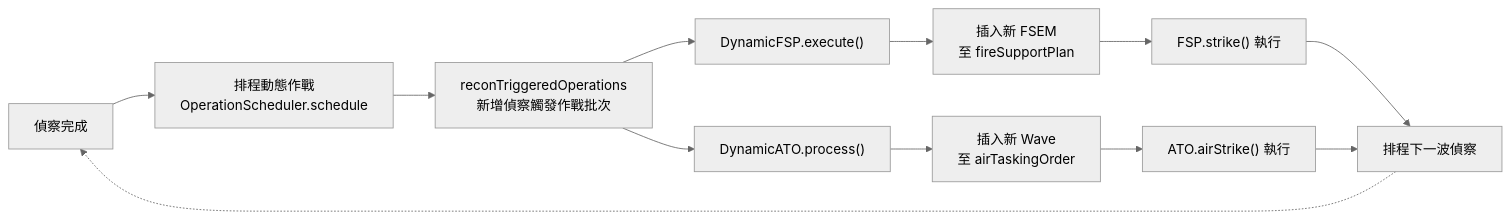
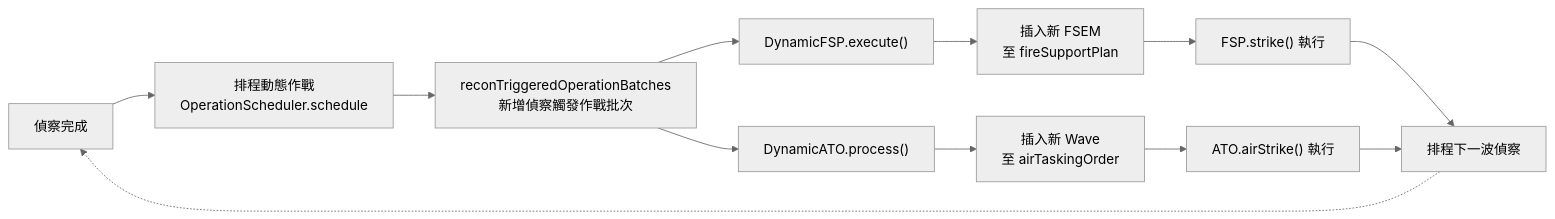
One commit to pullupjumper/formosa-in-flames changed the second of 3 diagrams in docs/strikePlanner/README.md. Above: the diagram before and after it, drawn with Mermaid (neutral theme). The commit also changed other lines of this file and 17 other files, not shown here.

First line of the commit message:
refactor(strikePlanner): clarify recon-triggered operation batches

````diff
--- a/docs/strikePlanner/README.md
+++ b/docs/strikePlanner/README.md
@@ -121,25 +121,25 @@
 ```mermaid
 flowchart LR
     RECON_COMPLETE["偵察完成"]
     SCHED["排程動態作戰<br>OperationScheduler.schedule"]
-    RECON_SCHED["reconTriggeredOperations<br>新增偵察觸發作戰批次"]
+    RECON_SCHED["reconTriggeredOperationBatches<br>新增偵察觸發作戰批次"]
     DFSP_EXEC["DynamicFSP.execute()"]
     DATO_EXEC["DynamicATO.process()"]
     FSP_INSERT["插入新 FSEM<br>至 fireSupportPlan"]
     ATO_INSERT["插入新 Wave<br>至 airTaskingOrder"]
     FSP_EXEC["FSP.strike() 執行"]
     ATO_EXEC["ATO.airStrike() 執行"]
     NEXT_RECON["排程下一波偵察"]
 
     RECON_COMPLETE --> SCHED
     SCHED --> RECON_SCHED
     RECON_SCHED --> DFSP_EXEC
     RECON_SCHED --> DATO_EXEC
     DFSP_EXEC --> FSP_INSERT
     DATO_EXEC --> ATO_INSERT
     FSP_INSERT --> FSP_EXEC
     ATO_INSERT --> ATO_EXEC
     FSP_EXEC --> NEXT_RECON
     ATO_EXEC --> NEXT_RECON
     NEXT_RECON -.-> RECON_COMPLETE
 ```
````
